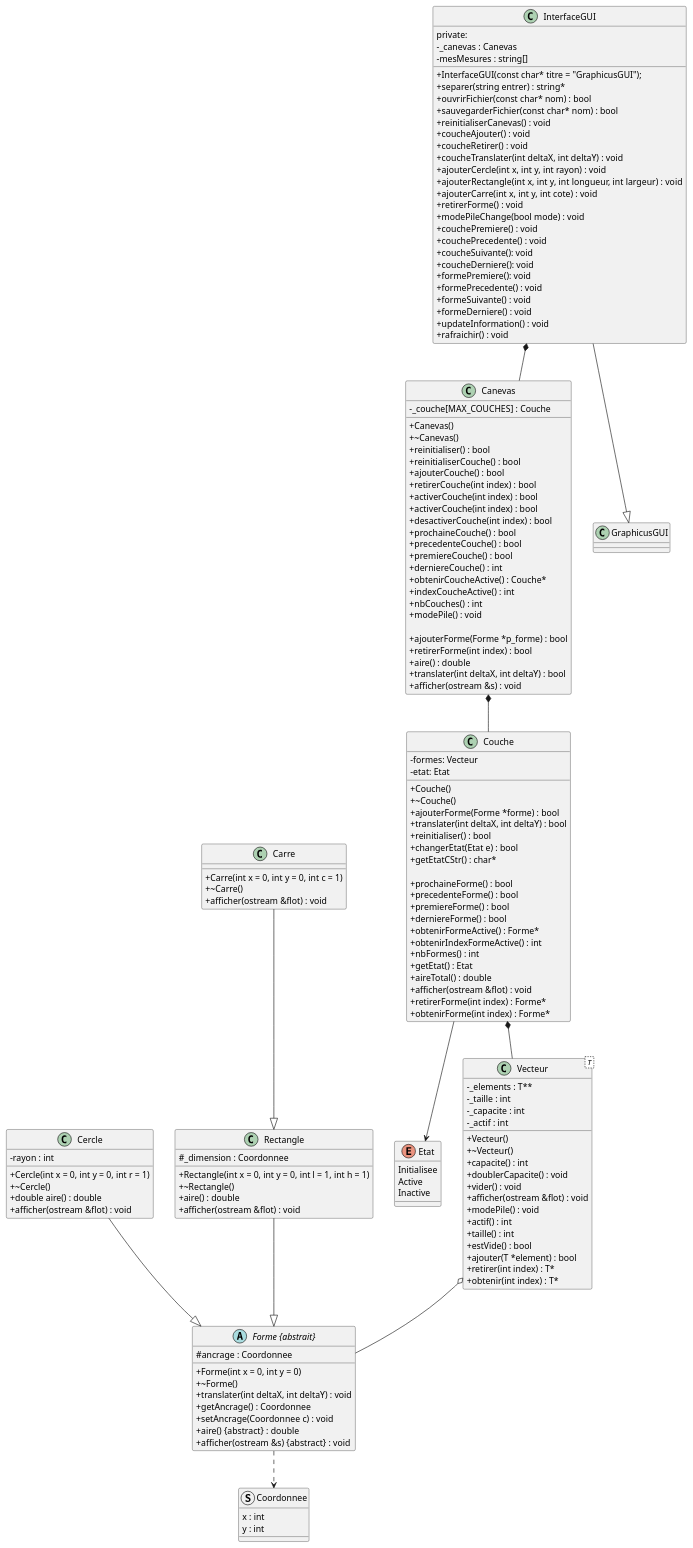
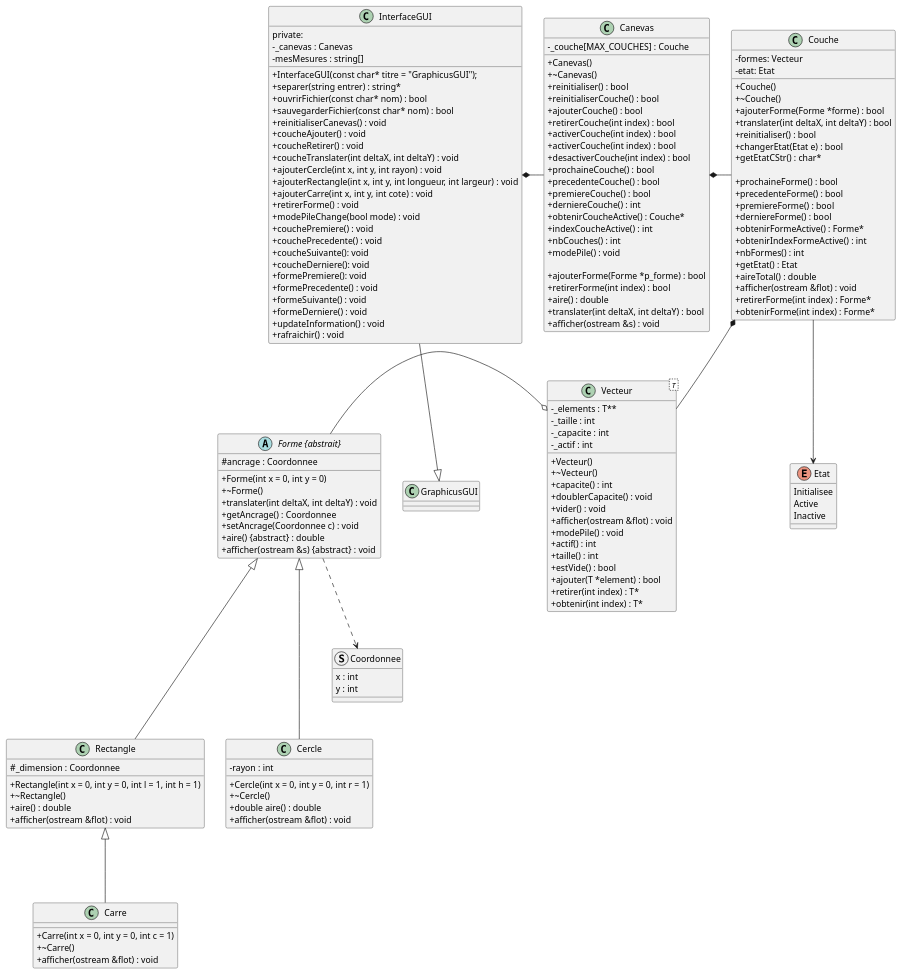
One commit to vince-smdt/s2-app3-graphicus changed the diagram in DiagrammeClasse.plantuml. Above: the diagram before and after it, drawn with PlantUML.

Commit message:
Petite modif diagramme classe

```diff
--- a/DiagrammeClasse.plantuml
+++ b/DiagrammeClasse.plantuml
@@ -1,176 +1,173 @@
 @startuml
 skinparam classAttributeIconSize 0
 
 class Canevas {
     -_couche[MAX_COUCHES] : Couche  
 
     +Canevas()
     +~Canevas()
     +reinitialiser() : bool
     +reinitialiserCouche() : bool
     +ajouterCouche() : bool
     +retirerCouche(int index) : bool
     +activerCouche(int index) : bool
     +activerCouche(int index) : bool
     +desactiverCouche(int index) : bool
     +prochaineCouche() : bool
     +precedenteCouche() : bool
     +premiereCouche() : bool
     +derniereCouche() : int
     +obtenirCoucheActive() : Couche*
     +indexCoucheActive() : int
     +nbCouches() : int
     +modePile() : void
 
     +ajouterForme(Forme *p_forme) : bool
     +retirerForme(int index) : bool
     +aire() : double
     +translater(int deltaX, int deltaY) : bool
     +afficher(ostream &s) : void
 }
 
 class Carre {
     +Carre(int x = 0, int y = 0, int c = 1)
     +~Carre()
     +afficher(ostream &flot) : void
 }
 
 class Cercle {
     -rayon : int
 
     +Cercle(int x = 0, int y = 0, int r = 1)
     +~Cercle()
     +double aire() : double
     +afficher(ostream &flot) : void
 }
 
 enum Etat {
         Initialisee
         Active
         Inactive
 }
 
 struct Coordonnee {
     x : int
     y : int
 }
 
 class Couche {
     -formes: Vecteur 
     -etat: Etat
 
     +Couche()
     +~Couche()
     +ajouterForme(Forme *forme) : bool
     +translater(int deltaX, int deltaY) : bool
     +reinitialiser() : bool
     +changerEtat(Etat e) : bool
     +getEtatCStr() : char*
 
     +prochaineForme() : bool
     +precedenteForme() : bool
     +premiereForme() : bool
     +derniereForme() : bool
     +obtenirFormeActive() : Forme*
     +obtenirIndexFormeActive() : int
     +nbFormes() : int
     +getEtat() : Etat
     +aireTotal() : double
     +afficher(ostream &flot) : void
     +retirerForme(int index) : Forme*
     +obtenirForme(int index) : Forme*
 }
 
 abstract class "Forme {abstrait}" as Forme {
     #ancrage : Coordonnee
 
     +Forme(int x = 0, int y = 0)
     +~Forme()
     +translater(int deltaX, int deltaY) : void
     +getAncrage() : Coordonnee
     +setAncrage(Coordonnee c) : void
     + aire() &#123;abstract&#125; : double 
     +afficher(ostream &s) &#123;abstract&#125; : void 
 }
 
 class Rectangle {
     #_dimension : Coordonnee
 
     +Rectangle(int x = 0, int y = 0, int l = 1, int h = 1)
     +~Rectangle()
     +aire() : double
     +afficher(ostream &flot) : void
 }
 
 class Vecteur< T > {
     -_elements : T**
     -_taille : int
     -_capacite : int
     -_actif : int
 
     +Vecteur()
     +~Vecteur()
     +capacite() : int
     +doublerCapacite() : void
     +vider() : void
     +afficher(ostream &flot) : void
     +modePile() : void
 	+actif() : int
     +taille() : int
     +estVide() : bool
     +ajouter(T *element) : bool
     +retirer(int index) : T*
     +obtenir(int index) : T*
 
 }
 
 class InterfaceGUI {
     +InterfaceGUI(const char* titre = "GraphicusGUI");
 	+separer(string entrer) : string*
 	+ouvrirFichier(const char* nom) : bool
 	+sauvegarderFichier(const char* nom) : bool
 	+reinitialiserCanevas() : void
 	+coucheAjouter() : void
 	+coucheRetirer() : void
 	+coucheTranslater(int deltaX, int deltaY) : void
 	+ajouterCercle(int x, int y, int rayon) : void
 	+ajouterRectangle(int x, int y, int longueur, int largeur) : void
 	+ajouterCarre(int x, int y, int cote) : void
 	+retirerForme() : void
 	+modePileChange(bool mode) : void
 	+couchePremiere() : void
 	+couchePrecedente() : void
 	+coucheSuivante(): void
 	+coucheDerniere(): void
 	+formePremiere(): void
 	+formePrecedente() : void
 	+formeSuivante() : void
 	+formeDerniere() : void
 	+updateInformation() : void
 	+rafraichir() : void
 private:
 	-_canevas : Canevas
 	-mesMesures : string[]
 }
 
 class GraphicusGUI {
 
 }
 
 InterfaceGUI --|> GraphicusGUI
-
-Carre --|> Rectangle
-Cercle --|> Forme
-Rectangle --|> Forme
-InterfaceGUI *-- Canevas
-Vecteur o-- Forme
-Canevas *-- Couche
+Carre -up--|> Rectangle
+Cercle -up--|> Forme
+Rectangle -up--|> Forme
+Canevas -left--* InterfaceGUI
+Vecteur o---left Forme
+Canevas *---right Couche
 Couche *-- Vecteur
-
 Forme ..> Coordonnee
-
 Couche --> Etat
 
 
 
 @enduml
```
